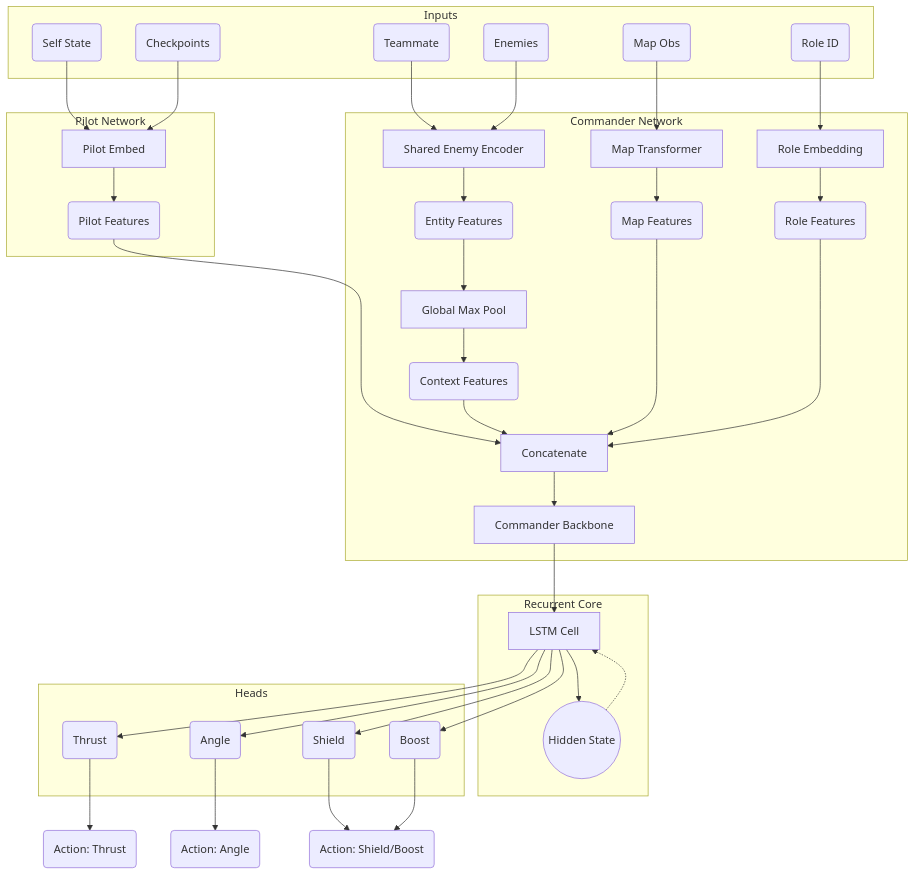
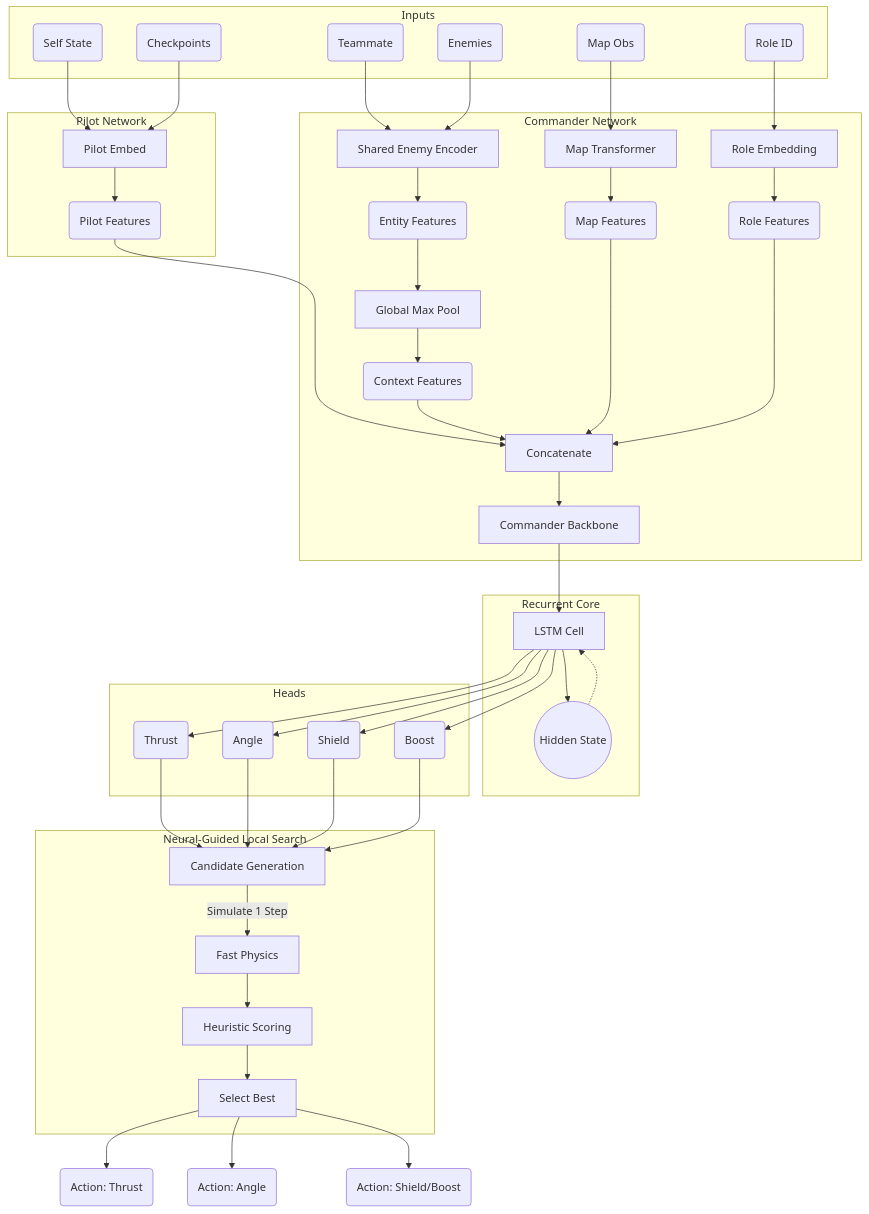
The diagram in docs/submission.md (Vietnoirien/Sebulba-s-Legacy), drawn with Mermaid before and after one commit.

Commit message:
docs: update submission diagram to illustrate Neural-Guided Local Search action selection.

````diff
--- a/docs/submission.md
+++ b/docs/submission.md
@@ -43,50 +43,56 @@
 ```mermaid
 graph TD
     subgraph Inputs
     S(Self State)
     CP(Checkpoints)
     TM(Teammate)
     EN(Enemies)
     Map(Map Obs)
     R(Role ID)
     end
 
     subgraph "Pilot Network"
     S & CP --> PE[Pilot Embed]
     PE --> P_Feat(Pilot Features)
     end
 
     subgraph "Commander Network"
     TM & EN --> EE[Shared Enemy Encoder]
     EE --> E_Feat(Entity Features)
     E_Feat --> GMP[Global Max Pool]
     GMP --> C_Feat(Context Features)
     
     Map --> MT[Map Transformer]
     MT --> M_Feat(Map Features)
     
     R --> RE[Role Embedding]
     RE --> R_Feat(Role Features)
     
     P_Feat & C_Feat & M_Feat & R_Feat --> Concat[Concatenate]
     Concat --> CB[Commander Backbone]
     end
 
     subgraph "Recurrent Core"
     CB --> LSTM[LSTM Cell]
     LSTM --> H((Hidden State))
     H -.-> LSTM
     end
 
     subgraph Heads
     LSTM --> H_Th(Thrust)
     LSTM --> H_Ang(Angle)
     LSTM --> H_Sh(Shield)
     LSTM --> H_Bo(Boost)
     end
 
-    H_Th --> Out_Th(Action: Thrust)
-    H_Ang --> Out_Ang(Action: Angle)
-    H_Sh --> Out_Misc(Action: Shield/Boost)
-    H_Bo --> Out_Misc
+    subgraph "Neural-Guided Local Search"
+    H_Th & H_Ang & H_Sh & H_Bo --> Gen[Candidate Generation]
+    Gen --> |Simulate 1 Step| Sim[Fast Physics]
+    Sim --> Score[Heuristic Scoring]
+    Score --> Select[Select Best]
+    end
+
+    Select --> Out_Th(Action: Thrust)
+    Select --> Out_Ang(Action: Angle)
+    Select --> Out_Misc(Action: Shield/Boost)
 ```
````
